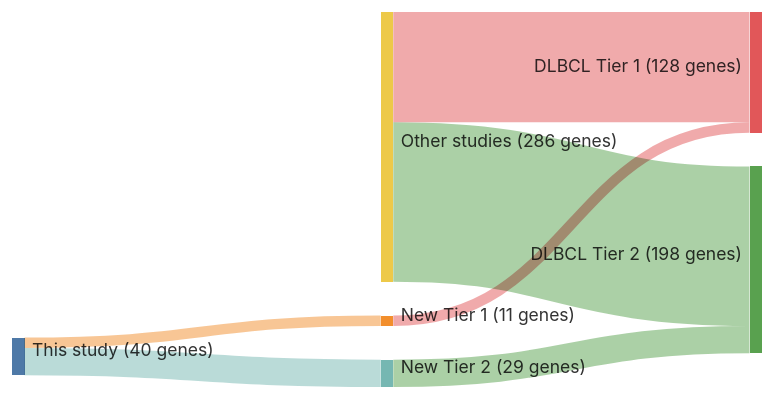
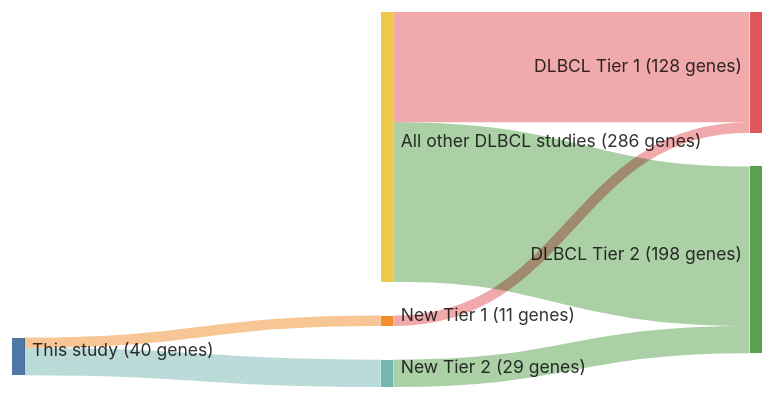
The diagram in papers/morinMutationalStructuralAnalysis2013.md (morinlab/lymphopedia), drawn with Mermaid before and after one commit. The commit also changed 82 other files, not shown here.

````diff
--- a/papers/morinMutationalStructuralAnalysis2013.md
+++ b/papers/morinMutationalStructuralAnalysis2013.md
@@ -12,20 +12,20 @@
 ```mermaid
 ---
 config:
     sankey:
         showValues: true
         linkColor: target
         width: 600
         height: 300
         nodeAlignment: right
         prefix: '('
         suffix: ' genes)'
 ---
 sankey-beta
 This study, New Tier 1, 11
 New Tier 1, DLBCL Tier 1, 11
 This study, New Tier 2, 29
 New Tier 2, DLBCL Tier 2, 29
-Other studies, DLBCL Tier 1, 117
-Other studies, DLBCL Tier 2, 169
+All other DLBCL studies, DLBCL Tier 1, 117
+All other DLBCL studies, DLBCL Tier 2, 169
 ```
````
